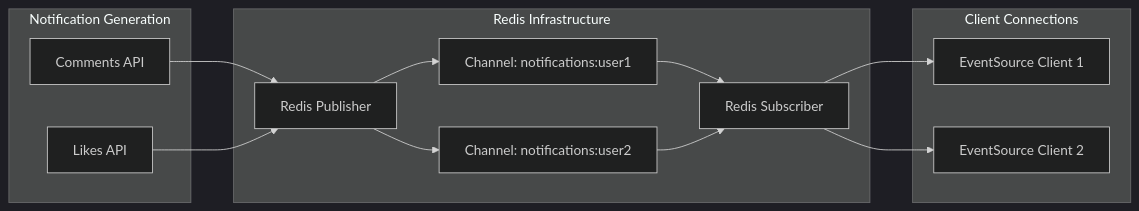
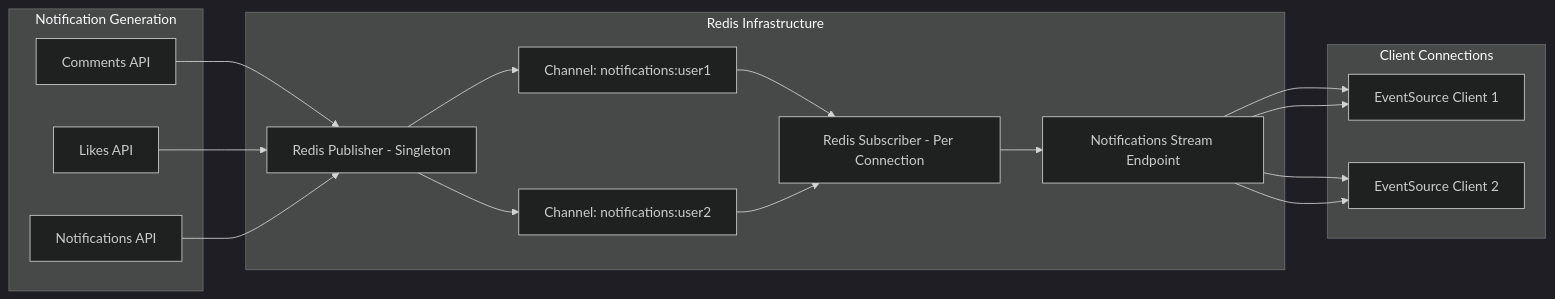
Before and after one commit to jrj444/git-daily: the seventh of 12 diagrams in .qoder/repowiki/en/content/Frontend Components/Social Interaction System.md, drawn with Mermaid (dark theme). The commit also changed other lines of this file and 6 other files, not shown here.

````diff
--- a/.qoder/repowiki/en/content/Frontend Components/Social Interaction System.md
+++ b/.qoder/repowiki/en/content/Frontend Components/Social Interaction System.md
@@ -284,25 +312,31 @@
 ```mermaid
 graph LR
 subgraph "Notification Generation"
 API_Comments[Comments API]
 API_Likes[Likes API]
+API_Notifications[Notifications API]
 end
 subgraph "Redis Infrastructure"
-PUB[Redis Publisher]
+PUB[Redis Publisher - Singleton]
 CH1[Channel: notifications:user1]
 CH2[Channel: notifications:user2]
-SUB[Redis Subscriber]
+SUB[Redis Subscriber - Per Connection]
+ENDPOINT[Notifications Stream Endpoint]
 end
 subgraph "Client Connections"
 ES1[EventSource Client 1]
 ES2[EventSource Client 2]
+ENDPOINT --> ES1
+ENDPOINT --> ES2
 end
 API_Comments --> PUB
 API_Likes --> PUB
+API_Notifications --> PUB
 PUB --> CH1
 PUB --> CH2
 CH1 --> SUB
 CH2 --> SUB
-SUB --> ES1
-SUB --> ES2
+SUB --> ENDPOINT
+ENDPOINT --> ES1
+ENDPOINT --> ES2
 ```
````
